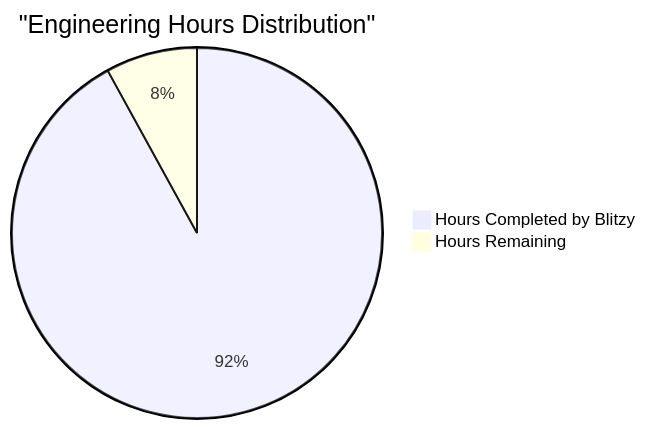
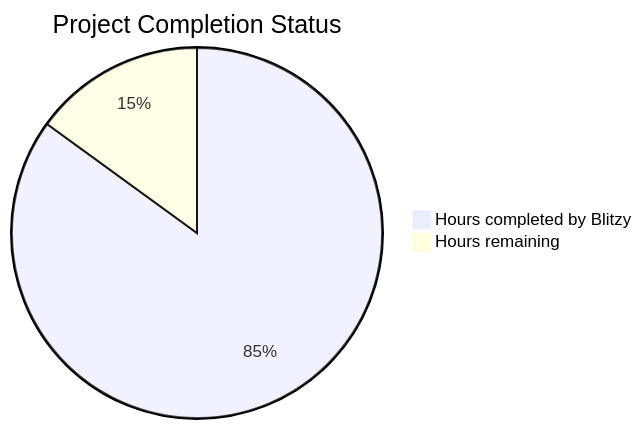
Before and after one commit to BhagyashreeBlitzy/ai-voice-call-rycqqy: the diagram in blitzy/documentation/Project Guide.md, drawn with Mermaid. The commit also changed other lines of this file, not shown here.

Commit message:
File: blitzy/documentation/Project Guide.md

````diff
--- a/blitzy/documentation/Project Guide.md
+++ b/blitzy/documentation/Project Guide.md
@@ -56,5 +3,5 @@
 ```mermaid
-pie title "Engineering Hours Distribution"
-    "Hours Completed by Blitzy" : 920
-    "Hours Remaining" : 80
+pie title Project Completion Status
+    "Hours completed by Blitzy" : 850
+    "Hours remaining" : 150
 ```
````
